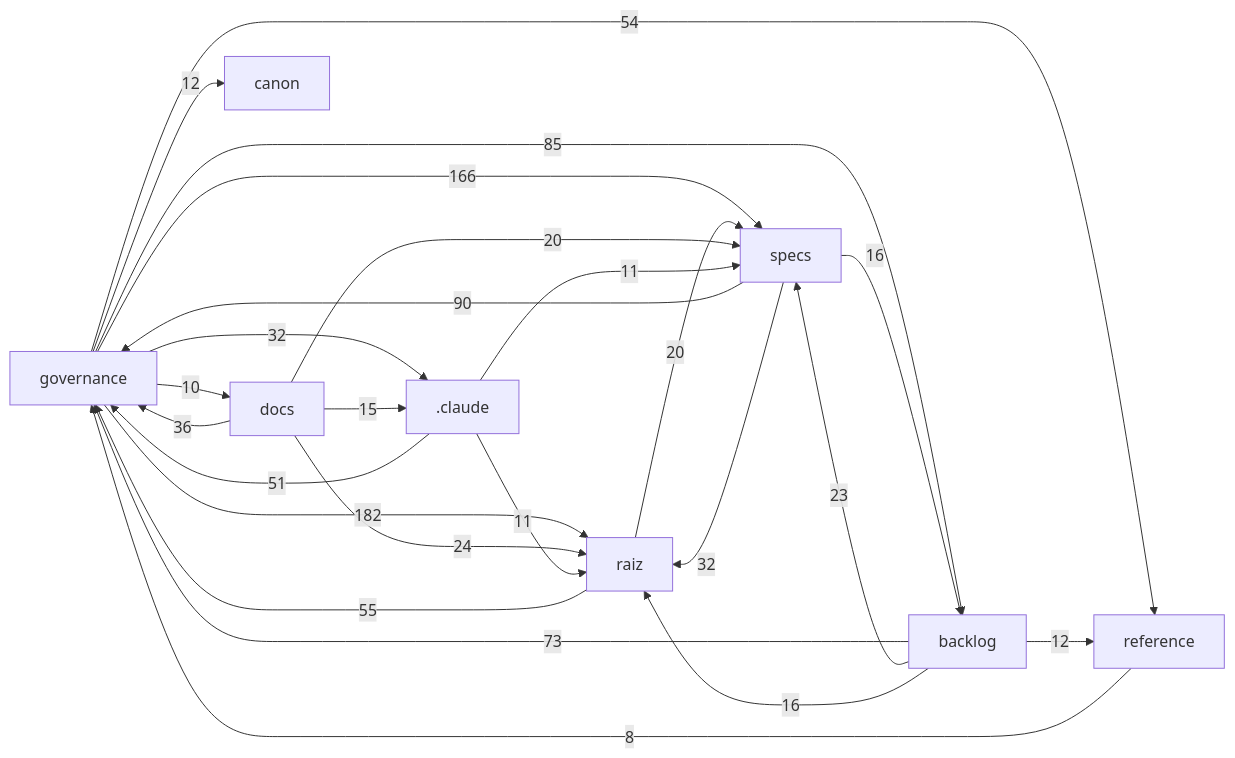
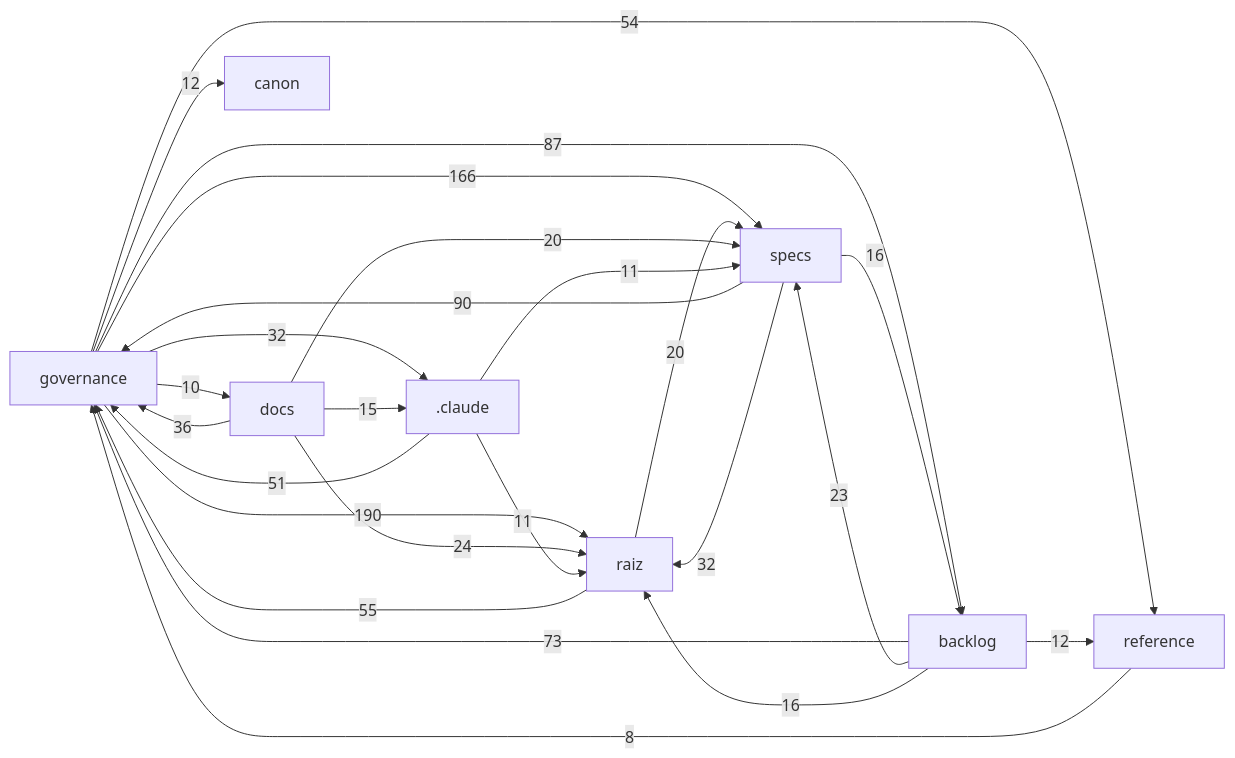
Before and after one commit to Andraus35/Sistema-Operacional-de-Trading--SOT: the diagram in docs/mapa/MAPA-PROJETO.md, drawn with Mermaid. The commit also changed other lines of this file and 3 other files, not shown here.

````diff
--- a/docs/mapa/MAPA-PROJETO.md
+++ b/docs/mapa/MAPA-PROJETO.md
@@ -29,27 +29,27 @@
 ```mermaid
 flowchart LR
-  governance["governance"] -->|182| raiz["raiz"]
+  governance["governance"] -->|190| raiz["raiz"]
   governance["governance"] -->|166| specs["specs"]
   specs["specs"] -->|90| governance["governance"]
-  governance["governance"] -->|85| backlog["backlog"]
+  governance["governance"] -->|87| backlog["backlog"]
   backlog["backlog"] -->|73| governance["governance"]
   raiz["raiz"] -->|55| governance["governance"]
   governance["governance"] -->|54| reference["reference"]
   _claude[".claude"] -->|51| governance["governance"]
   docs["docs"] -->|36| governance["governance"]
   governance["governance"] -->|32| _claude[".claude"]
   specs["specs"] -->|32| raiz["raiz"]
   docs["docs"] -->|24| raiz["raiz"]
   backlog["backlog"] -->|23| specs["specs"]
   raiz["raiz"] -->|20| specs["specs"]
   docs["docs"] -->|20| specs["specs"]
   backlog["backlog"] -->|16| raiz["raiz"]
   specs["specs"] -->|16| backlog["backlog"]
   docs["docs"] -->|15| _claude[".claude"]
   backlog["backlog"] -->|12| reference["reference"]
   governance["governance"] -->|12| canon["canon"]
   _claude[".claude"] -->|11| raiz["raiz"]
   _claude[".claude"] -->|11| specs["specs"]
   governance["governance"] -->|10| docs["docs"]
   reference["reference"] -->|8| governance["governance"]
 ```
````
